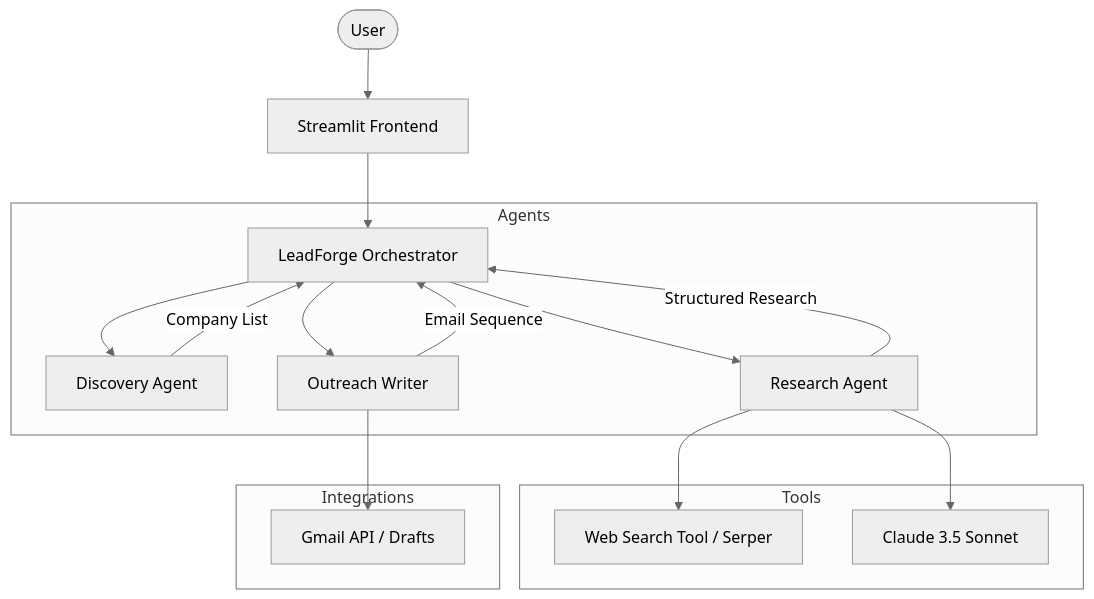
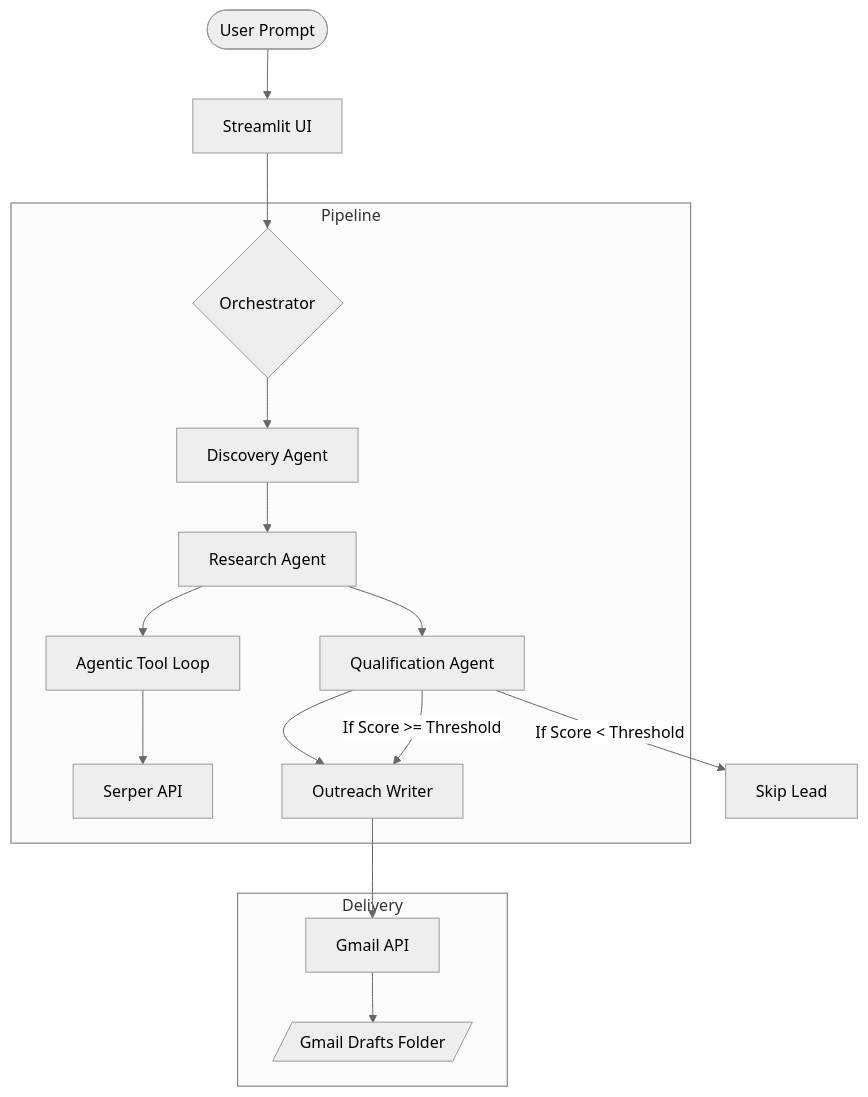
The diagram in README.md (rohanjain1648/AI_AGENT_ECONOMY), drawn with Mermaid (neutral theme) before and after one commit. The commit also changed other lines of this file, not shown here.

````diff
--- a/README.md
+++ b/README.md
@@ -58,24 +81,22 @@
 ```mermaid
 graph TD
-    User([User]) --> UI[Streamlit Frontend]
-    UI --> Orchestrator[LeadForge Orchestrator]
+    User([User Prompt]) --> Streamlit[Streamlit UI]
+    Streamlit --> Orchestrator{Orchestrator}
     
-    subgraph Agents
-        Orchestrator --> DA[Discovery Agent]
-        Orchestrator --> RA[Research Agent]
-        Orchestrator --> WA[Outreach Writer]
+    subgraph Pipeline
+        Orchestrator --> Discovery[Discovery Agent]
+        Discovery --> Research[Research Agent]
+        Research --> ToolLoop[Agentic Tool Loop]
+        ToolLoop --> WebSearch[Serper API]
+        Research --> Scorer[Qualification Agent]
+        Scorer --> Writer[Outreach Writer]
     end
     
-    subgraph Tools
-        RA --> WS[Web Search Tool / Serper]
-        RA --> LLM[Claude 3.5 Sonnet]
+    subgraph Delivery
+        Writer --> Gmail[Gmail API]
+        Gmail --> Drafts[/Gmail Drafts Folder/]
     end
     
-    subgraph Integrations
-        WA --> Gmail[Gmail API / Drafts]
-    end
-    
-    DA -- "Company List" --> Orchestrator
-    RA -- "Structured Research" --> Orchestrator
-    WA -- "Email Sequence" --> Orchestrator
+    Scorer -- "If Score < Threshold" --> Skip[Skip Lead]
+    Scorer -- "If Score >= Threshold" --> Writer
 ```
````
